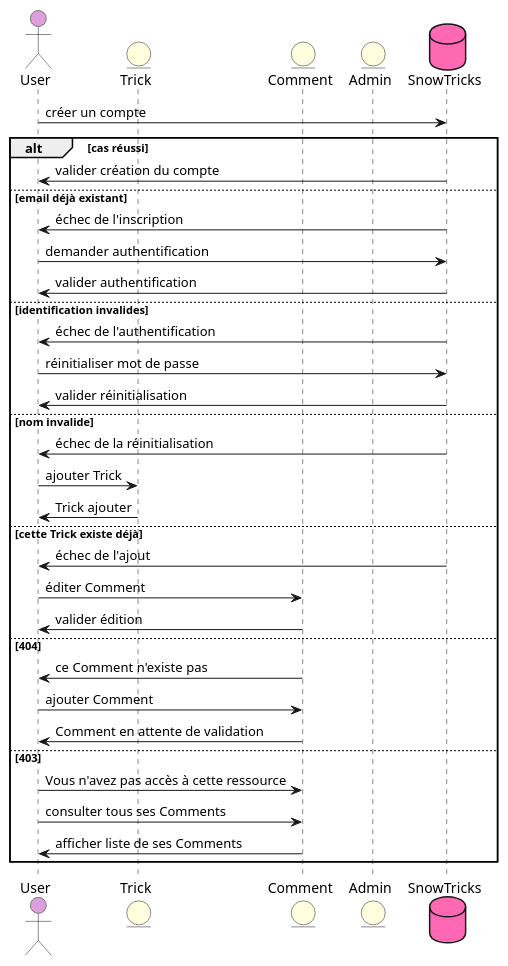
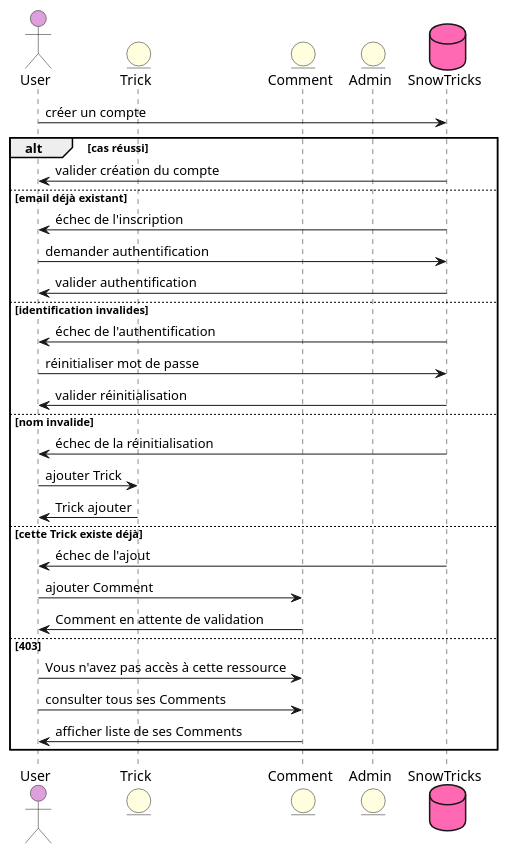
One commit to laurasullyalexandrine/SnowTricks changed the diagram in diagrammes-uml/Sequence/UserSequence.puml. Above: the diagram before and after it, drawn with PlantUML. The commit also changed 2 other files, not shown here.

Commit message:
UML update

```diff
--- a/diagrammes-uml/Sequence/UserSequence.puml
+++ b/diagrammes-uml/Sequence/UserSequence.puml
@@ -1,49 +1,44 @@
 @startuml UserSequence
 
 skinparam responseCommentBelowArrow true
 skinparam SequenceCommentAlignment center
 
 actor User as User #Plum
 
 entity Trick as Trick #LightYellow
 entity Comment as Comment #LightYellow
 entity Admin as Admin #LightYellow
 
 database SnowTricks as SnowTricks #HotPink
 
 User -> SnowTricks: créer un compte
 alt cas réussi
 SnowTricks-> User: valider création du compte
 else email déjà existant 
 SnowTricks-> User: échec de l'inscription
 
 User -> SnowTricks: demander authentification 
 SnowTricks-> User: valider authentification 
 else identification invalides
 SnowTricks-> User: échec de l'authentification
 
 User -> SnowTricks: réinitialiser mot de passe 
 SnowTricks-> User: valider réinitialisation 
 else nom invalide
 SnowTricks-> User: échec de la réinitialisation
 
 User -> Trick: ajouter Trick 
 Trick-> User: Trick ajouter 
 else cette Trick existe déjà
 SnowTricks-> User: échec de l'ajout
 
-User  -> Comment: éditer Comment
-Comment -> User: valider édition
-else 404
-Comment -> User: ce Comment n'existe pas
-
 User -> Comment: ajouter Comment
 Comment -> User: Comment en attente de validation
 else 403
 User -> Comment: Vous n'avez pas accès à cette ressource
 
 User -> Comment: consulter tous ses Comments
 Comment -> User: afficher liste de ses Comments
 
 end
 @enduml
```
